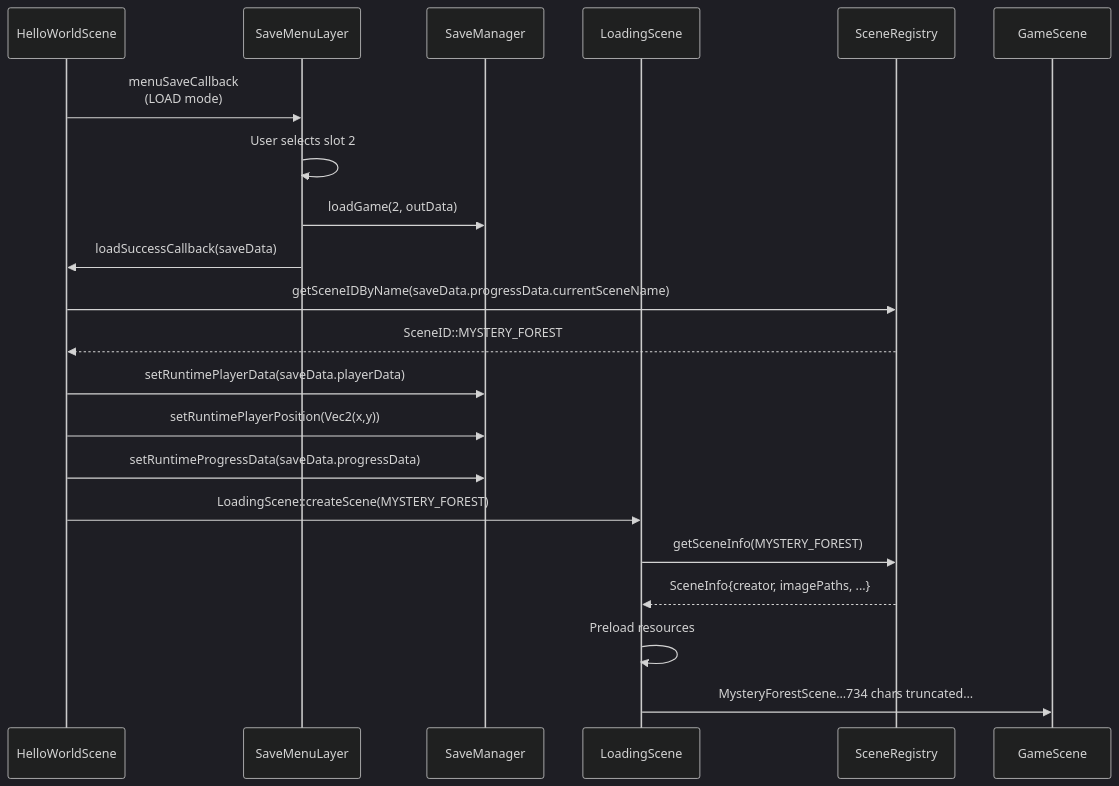
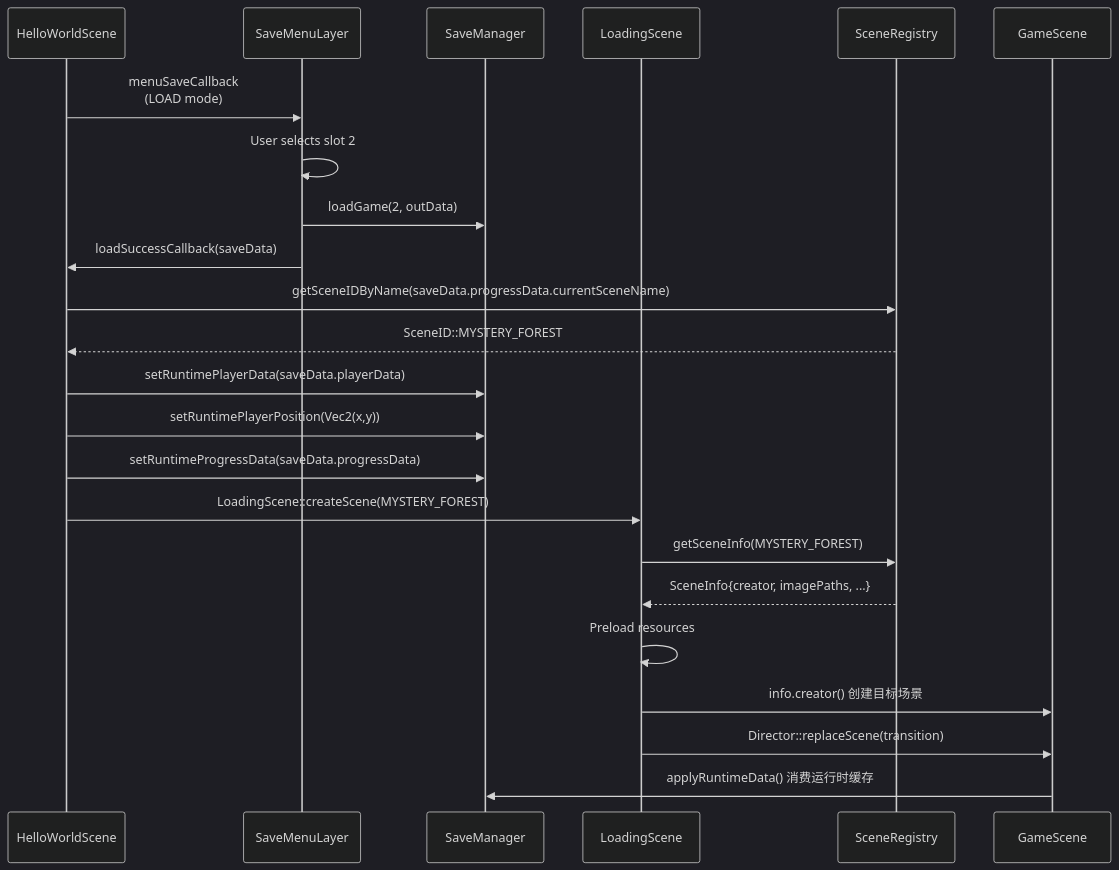
The fifth of 6 diagrams in docs/deekwiki/场景切换.md (lilong555/Adventure-King), drawn with Mermaid (dark theme) before and after one commit. The commit also changed other lines of this file and 57 other files, not shown here.

Commit message:
fix: 修复 DeepWiki 链接与 Mermaid 渲染

````diff
--- a/docs/deekwiki/场景切换.md
+++ b/docs/deekwiki/场景切换.md
@@ -357,24 +357,26 @@
 ```mermaid
 sequenceDiagram
   participant p1 as HelloWorldScene
   participant p2 as SaveMenuLayer
   participant p3 as SaveManager
   participant p4 as LoadingScene
   participant p5 as SceneRegistry
   participant p6 as GameScene
 
   p1->>p2: menuSaveCallback<br/>(LOAD mode)
   p2->>p2: User selects slot 2
   p2->>p3: loadGame(2, outData)
   p2->>p1: loadSuccessCallback(saveData)
   p1->>p5: getSceneIDByName(saveData.progressData.currentSceneName)
   p5-->>p1: SceneID::MYSTERY_FOREST
   p1->>p3: setRuntimePlayerData(saveData.playerData)
   p1->>p3: setRuntimePlayerPosition(Vec2(x,y))
   p1->>p3: setRuntimeProgressData(saveData.progressData)
   p1->>p4: LoadingScene::createScene(MYSTERY_FOREST)
   p4->>p5: getSceneInfo(MYSTERY_FOREST)
   p5-->>p4: SceneInfo{creator, imagePaths, ...}
   p4->>p4: Preload resources
-  p4->>p6: MysteryForestScene…734 chars truncated…
+  p4->>p6: info.creator() 创建目标场景
+  p4->>p6: Director::replaceScene(transition)
+  p6->>p3: applyRuntimeData() 消费运行时缓存
 ```
````
